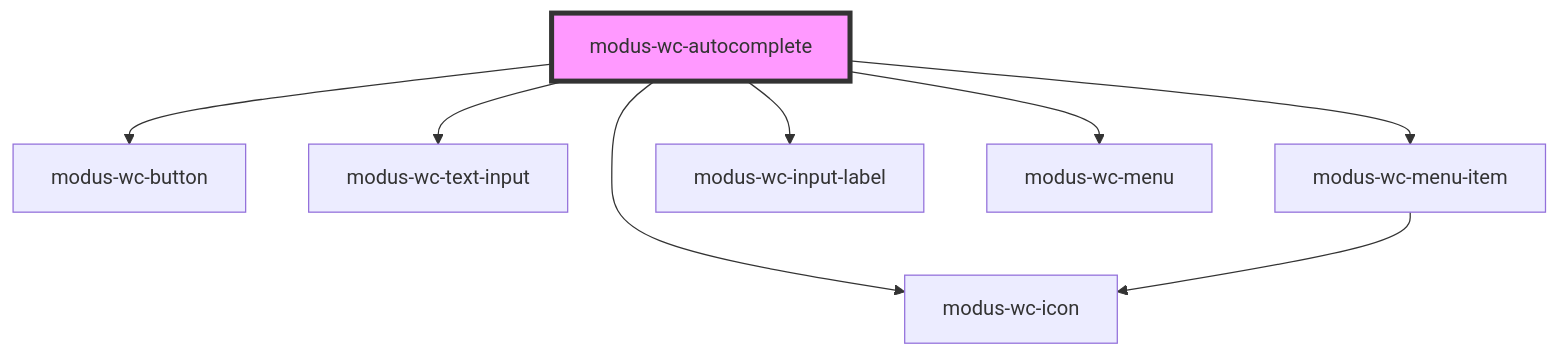
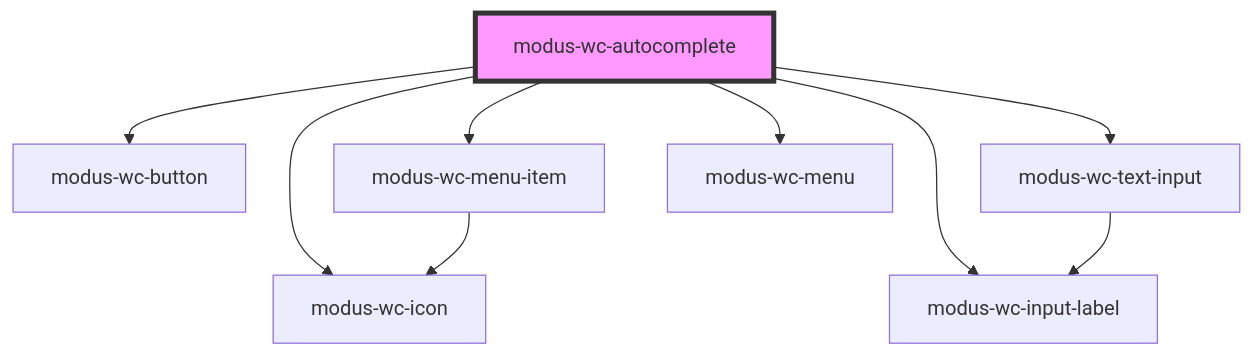
Before and after one commit to trimble-oss/modus-wc-2.0: the diagram in src/components/molecules/modus-wc-autocomplete/readme.md, drawn with Mermaid. The commit also changed other lines of this file and 21 other files, not shown here.

Commit message:
feat: add input label to text and textarea inputs

````diff
--- a/src/components/molecules/modus-wc-autocomplete/readme.md
+++ b/src/components/molecules/modus-wc-autocomplete/readme.md
@@ -59,11 +59,12 @@
 ```mermaid
 graph TD;
   modus-wc-autocomplete --> modus-wc-button
   modus-wc-autocomplete --> modus-wc-icon
   modus-wc-autocomplete --> modus-wc-text-input
   modus-wc-autocomplete --> modus-wc-menu-item
   modus-wc-autocomplete --> modus-wc-input-label
   modus-wc-autocomplete --> modus-wc-menu
+  modus-wc-text-input --> modus-wc-input-label
   modus-wc-menu-item --> modus-wc-icon
   style modus-wc-autocomplete fill:#f9f,stroke:#333,stroke-width:4px
 ```
````
